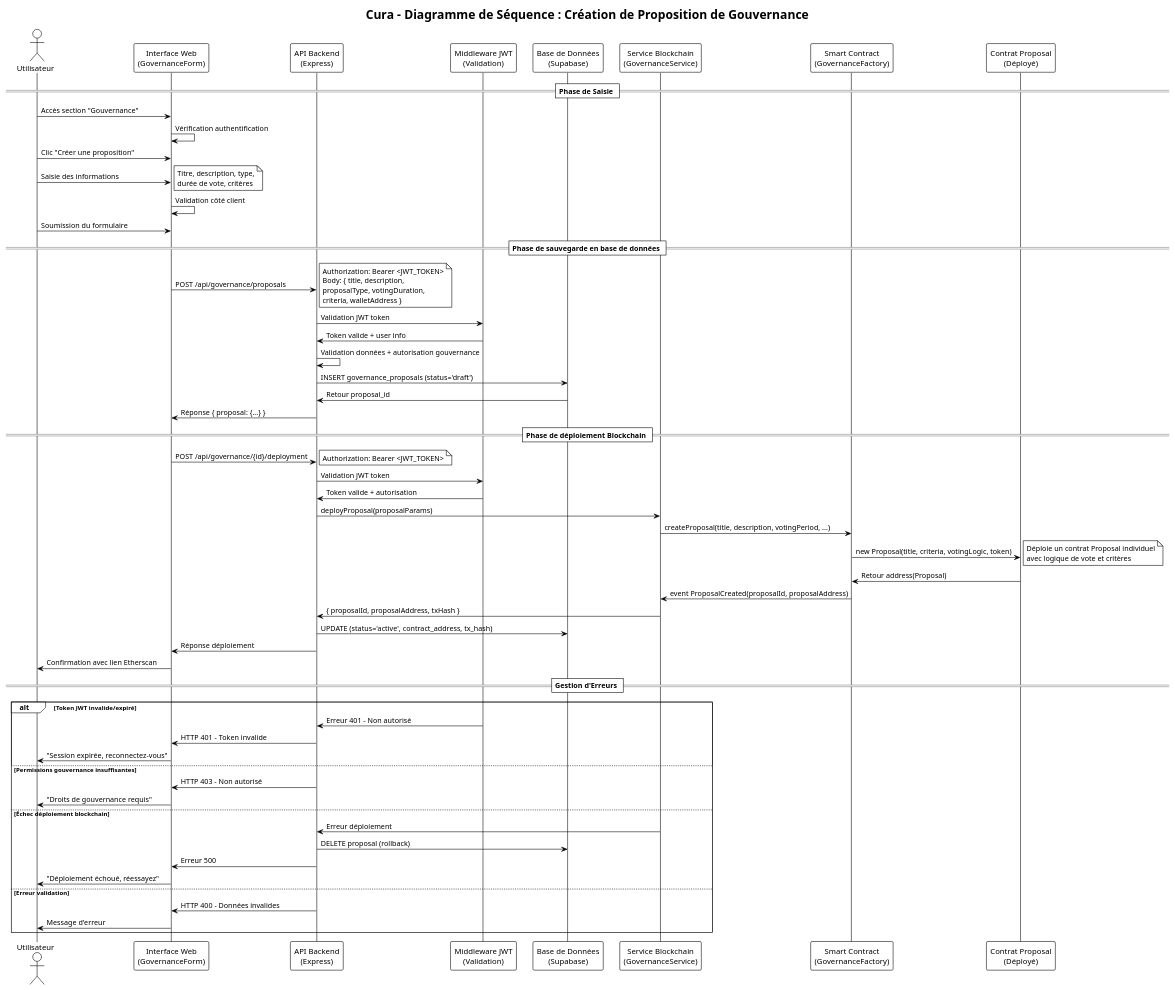
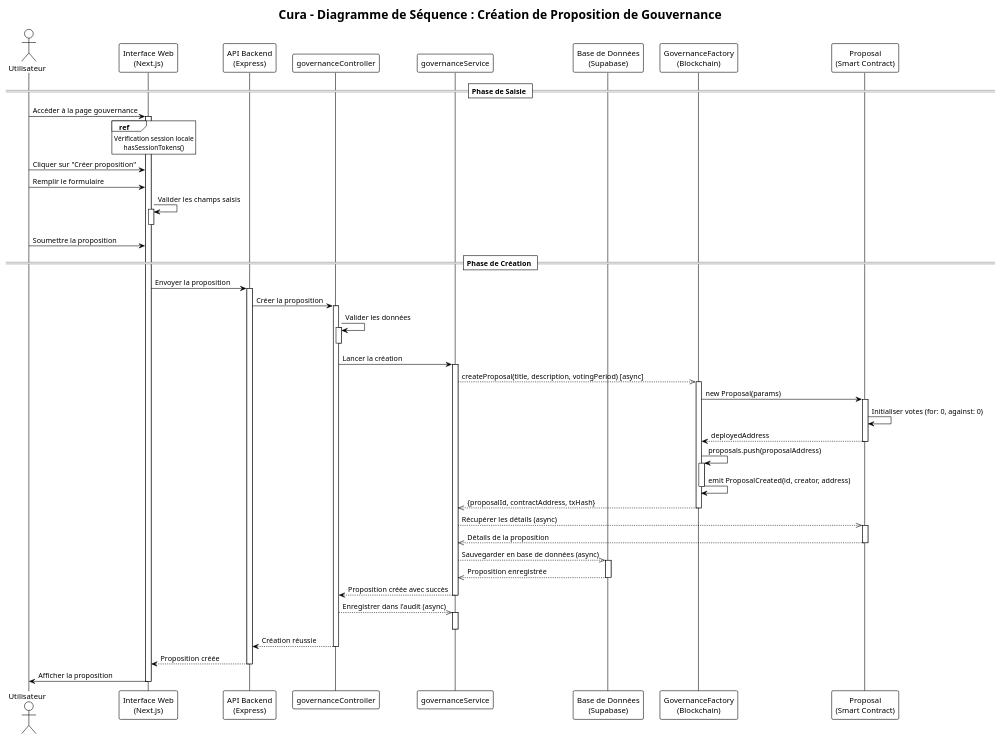
One commit to monark-community/zk-medical-data-exchange changed the diagram in docs/sequence-diagrams/governance-proposal-creation-sequence.puml. Above: the diagram before and after it, drawn with PlantUML. The commit also changed 22 other files, not shown here.

First line of the commit message:
feat: Update sequence diagrams (#348)

```diff
--- a/docs/sequence-diagrams/governance-proposal-creation-sequence.puml
+++ b/docs/sequence-diagrams/governance-proposal-creation-sequence.puml
@@ -1,82 +1,85 @@
 @startuml Governance_Proposal_Creation_Sequence
 !theme plain
 
 title Cura - Diagramme de Séquence : Création de Proposition de Gouvernance
 
 actor "Utilisateur" as User
-participant "Interface Web\n(GovernanceForm)" as Frontend
+participant "Interface Web\n(Next.js)" as Frontend
 participant "API Backend\n(Express)" as Backend
-participant "Middleware JWT\n(Validation)" as JWTMiddleware
+participant "governanceController" as Controller
+participant "governanceService" as Service
 participant "Base de Données\n(Supabase)" as Database
-participant "Service Blockchain\n(GovernanceService)" as Blockchain
-participant "Smart Contract\n(GovernanceFactory)" as Factory
-participant "Contrat Proposal\n(Déployé)" as ProposalContract
+participant "GovernanceFactory\n(Blockchain)" as Factory
+participant "Proposal\n(Smart Contract)" as ProposalContract
 
 == Phase de Saisie ==
-User -> Frontend : Accès section "Gouvernance"
-Frontend -> Frontend : Vérification authentification
-User -> Frontend : Clic "Créer une proposition"
-User -> Frontend : Saisie des informations
-note right
-Titre, description, type,
-durée de vote, critères
-end note
-Frontend -> Frontend : Validation côté client
-User -> Frontend : Soumission du formulaire
+User -> Frontend : Accéder à la page gouvernance
+activate Frontend
+ref over Frontend
+    Vérification session locale
+    hasSessionTokens()
+end ref
+User -> Frontend : Cliquer sur "Créer proposition"
+User -> Frontend : Remplir le formulaire
+Frontend -> Frontend : Valider les champs saisis
+activate Frontend
+deactivate Frontend
+User -> Frontend : Soumettre la proposition
 
-== Phase de sauvegarde en base de données ==
-Frontend -> Backend : POST /api/governance/proposals
-note right
-Authorization: Bearer <JWT_TOKEN>
-Body: { title, description, 
-proposalType, votingDuration,
-criteria, walletAddress }
-end note
+== Phase de Création ==
+Frontend -> Backend : Envoyer la proposition
+activate Backend
+Backend -> Controller : Créer la proposition
+activate Controller
 
-Backend -> JWTMiddleware : Validation JWT token
-JWTMiddleware -> Backend : Token valide + user info
-Backend -> Backend : Validation données + autorisation gouvernance
-Backend -> Database : INSERT governance_proposals (status='draft')
-Database -> Backend : Retour proposal_id
-Backend -> Frontend : Réponse { proposal: {...} }
+Controller -> Controller : Valider les données
+activate Controller
+deactivate Controller
 
-== Phase de déploiement Blockchain ==
-Frontend -> Backend : POST /api/governance/{id}/deployment
-note right
-Authorization: Bearer <JWT_TOKEN>
-end note
-Backend -> JWTMiddleware : Validation JWT token
-JWTMiddleware -> Backend : Token valide + autorisation
-Backend -> Blockchain : deployProposal(proposalParams)
-Blockchain -> Factory : createProposal(title, description, votingPeriod, ...)
-Factory -> ProposalContract : new Proposal(title, criteria, votingLogic, token)
-note right
-Déploie un contrat Proposal individuel
-avec logique de vote et critères
-end note
-ProposalContract -> Factory : Retour address(Proposal)
-Factory -> Blockchain : event ProposalCreated(proposalId, proposalAddress)
-Blockchain -> Backend : { proposalId, proposalAddress, txHash }
-Backend -> Database : UPDATE (status='active', contract_address, tx_hash)
-Backend -> Frontend : Réponse déploiement
-Frontend -> User : Confirmation avec lien Etherscan
+Controller -> Service : Lancer la création
+activate Service
 
-== Gestion d'Erreurs ==
-alt Token JWT invalide/expiré
-    JWTMiddleware -> Backend : Erreur 401 - Non autorisé
-    Backend -> Frontend : HTTP 401 - Token invalide
-    Frontend -> User : "Session expirée, reconnectez-vous"
-else Permissions gouvernance insuffisantes
-    Backend -> Frontend : HTTP 403 - Non autorisé
-    Frontend -> User : "Droits de gouvernance requis"
-else Échec déploiement blockchain
-    Blockchain -> Backend : Erreur déploiement
-    Backend -> Database : DELETE proposal (rollback)
-    Backend -> Frontend : Erreur 500
-    Frontend -> User : "Déploiement échoué, réessayez"
-else Erreur validation
-    Backend -> Frontend : HTTP 400 - Données invalides
-    Frontend -> User : Message d'erreur
-end
+Service -->> Factory : createProposal(title, description, votingPeriod) [async]
+activate Factory
+
+Factory -> ProposalContract : new Proposal(params)
+activate ProposalContract
+ProposalContract -> ProposalContract : Initialiser votes (for: 0, against: 0)
+ProposalContract --> Factory : deployedAddress
+deactivate ProposalContract
+
+Factory -> Factory : proposals.push(proposalAddress)
+activate Factory
+Factory -> Factory : emit ProposalCreated(id, creator, address)
+deactivate Factory
+
+Factory -->> Service : {proposalId, contractAddress, txHash}
+deactivate Factory
+
+Service -->> ProposalContract : Récupérer les détails (async)
+activate ProposalContract
+ProposalContract -->> Service : Détails de la proposition
+deactivate ProposalContract
+
+Service -->> Database : Sauvegarder en base de données (async)
+activate Database
+Database -->> Service : Proposition enregistrée
+deactivate Database
+
+Service --> Controller : Proposition créée avec succès
+deactivate Service
+
+Controller -->> Service : Enregistrer dans l'audit (async)
+activate Service
+deactivate Service
+
+Controller --> Backend : Création réussie
+deactivate Controller
+
+Backend --> Frontend : Proposition créée
+deactivate Backend
+
+Frontend -> User : Afficher la proposition
+deactivate Frontend
 
 @enduml
```
